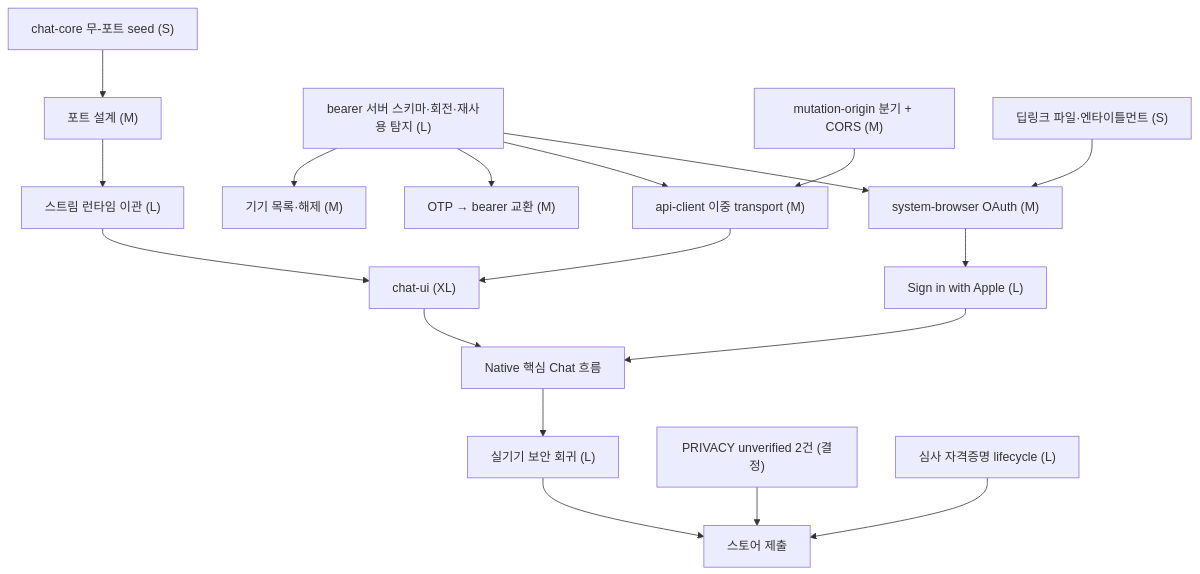
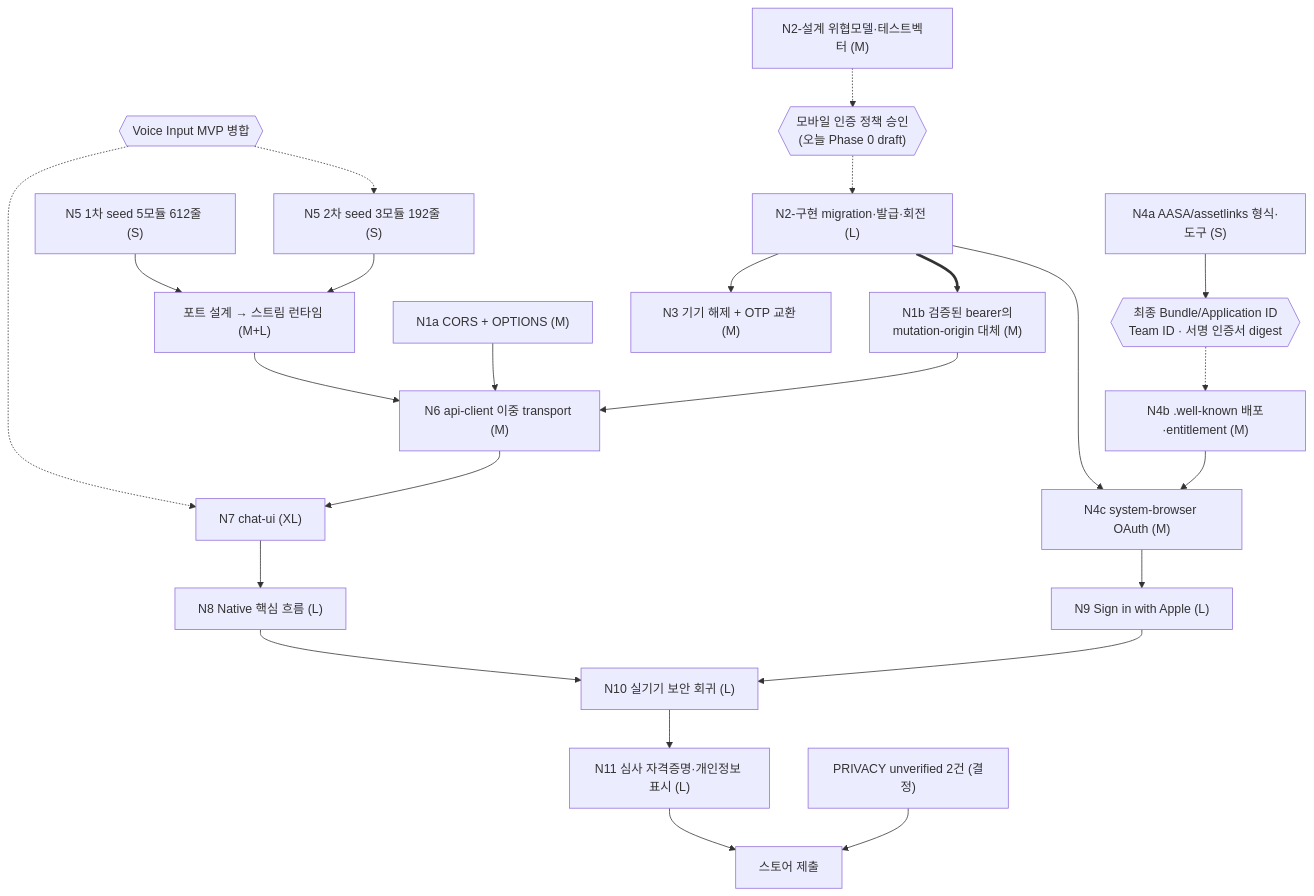
One commit to mposition/Tomverse changed the diagram in .github/audits/2026-08-30-native-mobile-readiness.md. Above: the diagram before and after it, drawn with Mermaid. The commit also changed other lines of this file and 2 other files, not shown here.

First line of the commit message:
Correct the native readiness plan's security ordering, gates and totals

````diff
--- a/.github/audits/2026-08-30-native-mobile-readiness.md
+++ b/.github/audits/2026-08-30-native-mobile-readiness.md
@@ -347,20 +410,50 @@
 ```mermaid
 flowchart TD
-    A["chat-core 무-포트 seed (S)"] --> B["포트 설계 (M)"]
-    B --> C["스트림 런타임 이관 (L)"]
-    C --> D["chat-ui (XL)"]
-    E["bearer 서버 스키마·회전·재사용 탐지 (L)"] --> F["기기 목록·해제 (M)"]
-    E --> G["OTP → bearer 교환 (M)"]
-    E --> H["api-client 이중 transport (M)"]
-    H --> D
-    I["mutation-origin 분기 + CORS (M)"] --> H
-    J["딥링크 파일·엔타이틀먼트 (S)"] --> K["system-browser OAuth (M)"]
-    K --> L["Sign in with Apple (L)"]
-    E --> K
-    D --> M["Native 핵심 Chat 흐름"]
-    L --> M
-    M --> N["실기기 보안 회귀 (L)"]
-    N --> O["스토어 제출"]
-    P["PRIVACY unverified 2건 (결정)"] --> O
-    Q["심사 자격증명 lifecycle (L)"] --> O
+    APPROVE{{"모바일 인증 정책 승인<br/>(오늘 Phase 0 draft)"}}
+    IDS{{"최종 Bundle/Application ID<br/>Team ID · 서명 인증서 digest"}}
+    VOICE{{"Voice Input MVP 병합"}}
+
+    N1A["N1a CORS + OPTIONS (M)"]
+    N2D["N2-설계 위협모델·테스트벡터 (M)"]
+    N2I["N2-구현 migration·발급·회전 (L)"]
+    N1B["N1b 검증된 bearer의<br/>mutation-origin 대체 (M)"]
+    N3["N3 기기 해제 + OTP 교환 (M)"]
+    N4A["N4a AASA/assetlinks 형식·도구 (S)"]
+    N4B["N4b .well-known 배포·entitlement (M)"]
+    N4C["N4c system-browser OAuth (M)"]
+    N5A["N5 1차 seed 5모듈 612줄 (S)"]
+    N5B["N5 2차 seed 3모듈 192줄 (S)"]
+    N5C["포트 설계 → 스트림 런타임 (M+L)"]
+    N6["N6 api-client 이중 transport (M)"]
+    N7["N7 chat-ui (XL)"]
+    N8["N8 Native 핵심 흐름 (L)"]
+    N9["N9 Sign in with Apple (L)"]
+    N10["N10 실기기 보안 회귀 (L)"]
+    N11["N11 심사 자격증명·개인정보 표시 (L)"]
+    PRIV["PRIVACY unverified 2건 (결정)"]
+    SUBMIT["스토어 제출"]
+
+    N2D -.-> APPROVE
+    APPROVE -.-> N2I
+    N2I ==> N1B
+    N2I --> N3
+    N2I --> N4C
+    N4A --> IDS
+    IDS -.-> N4B
+    N4B --> N4C
+    VOICE -.-> N5B
+    VOICE -.-> N7
+    N5A --> N5C
+    N5B --> N5C
+    N5C --> N6
+    N1A --> N6
+    N1B --> N6
+    N6 --> N7
+    N7 --> N8
+    N4C --> N9
+    N8 --> N10
+    N9 --> N10
+    N10 --> N11
+    N11 --> SUBMIT
+    PRIV --> SUBMIT
 ```
````
